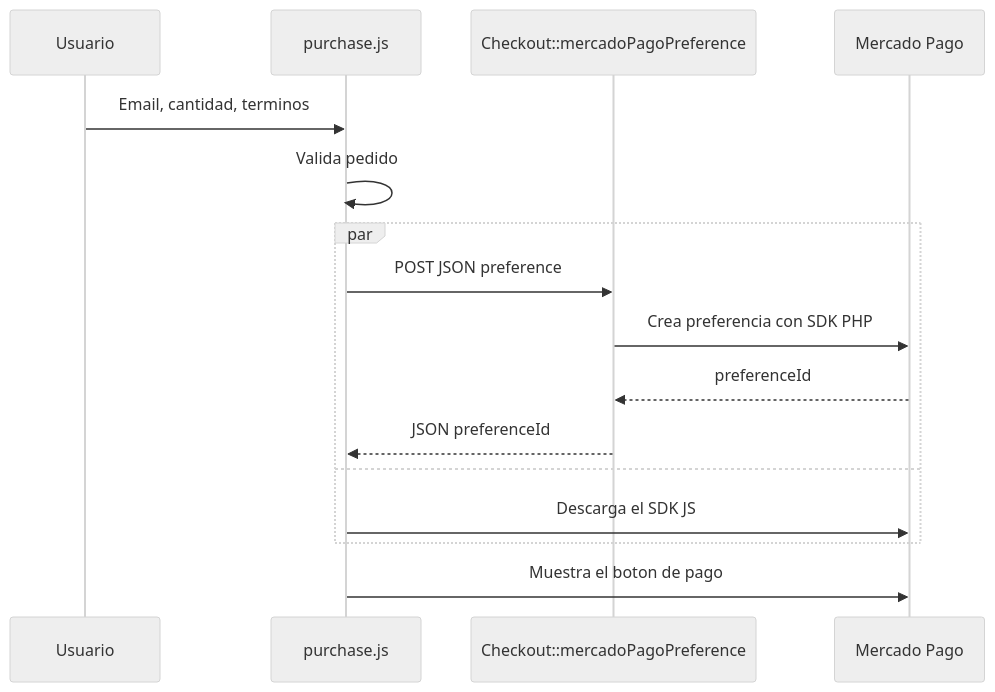
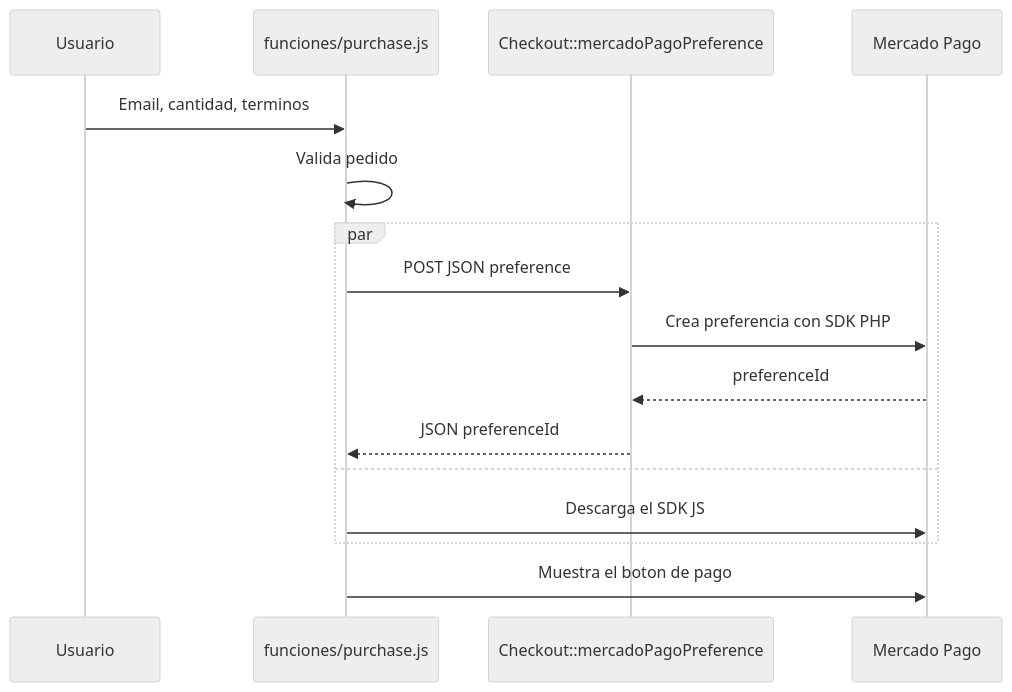
The sixth of 6 diagrams in FRONTEND_DOCUMENTACION.md (TuVieja22/AquaControl), drawn with Mermaid (neutral theme) before and after one commit. The commit also changed other lines of this file and 86 other files, not shown here.

````diff
--- a/FRONTEND_DOCUMENTACION.md
+++ b/FRONTEND_DOCUMENTACION.md
@@ -514,18 +618,18 @@
 ```mermaid
 sequenceDiagram
     participant U as Usuario
-    participant F as purchase.js
+    participant F as funciones/purchase.js
     participant API as Checkout::mercadoPagoPreference
     participant MP as Mercado Pago
     U->>F: Email, cantidad, terminos
     F->>F: Valida pedido
     par
         F->>API: POST JSON preference
         API->>MP: Crea preferencia con SDK PHP
         MP-->>API: preferenceId
         API-->>F: JSON preferenceId
     and
         F->>MP: Descarga el SDK JS
     end
     F->>MP: Muestra el boton de pago
 ```
````
